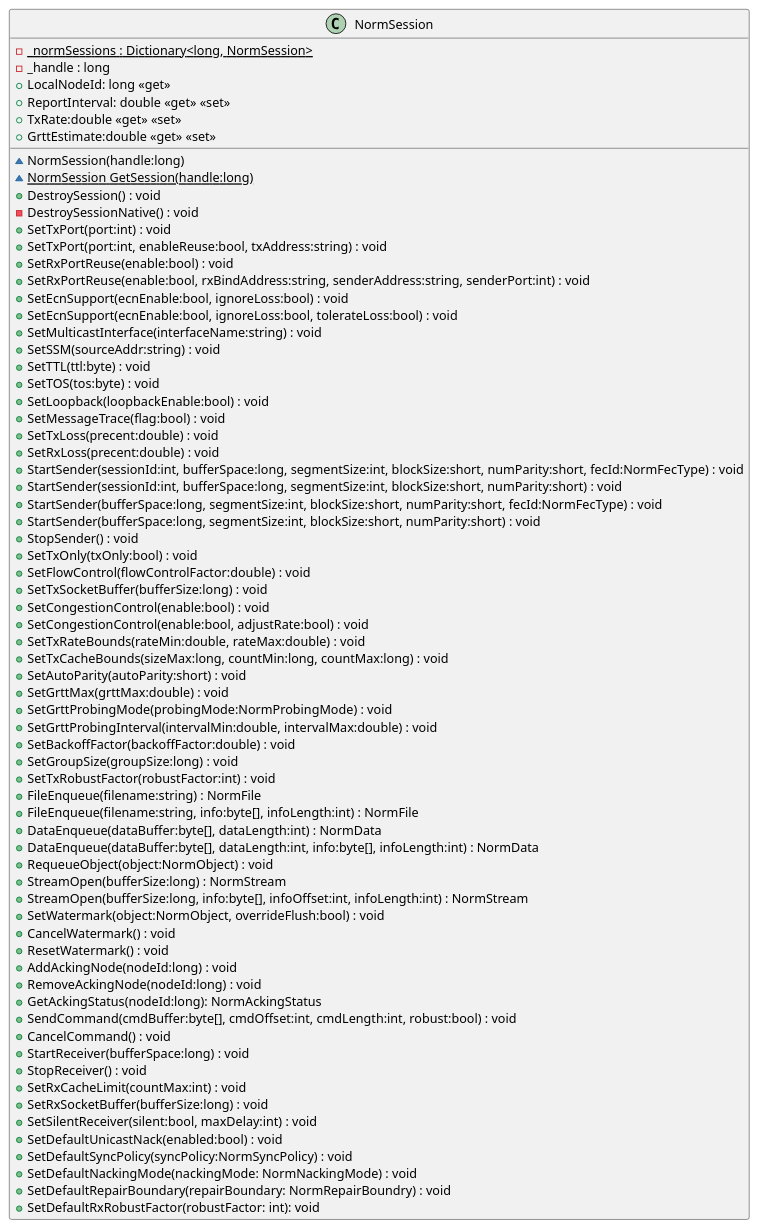
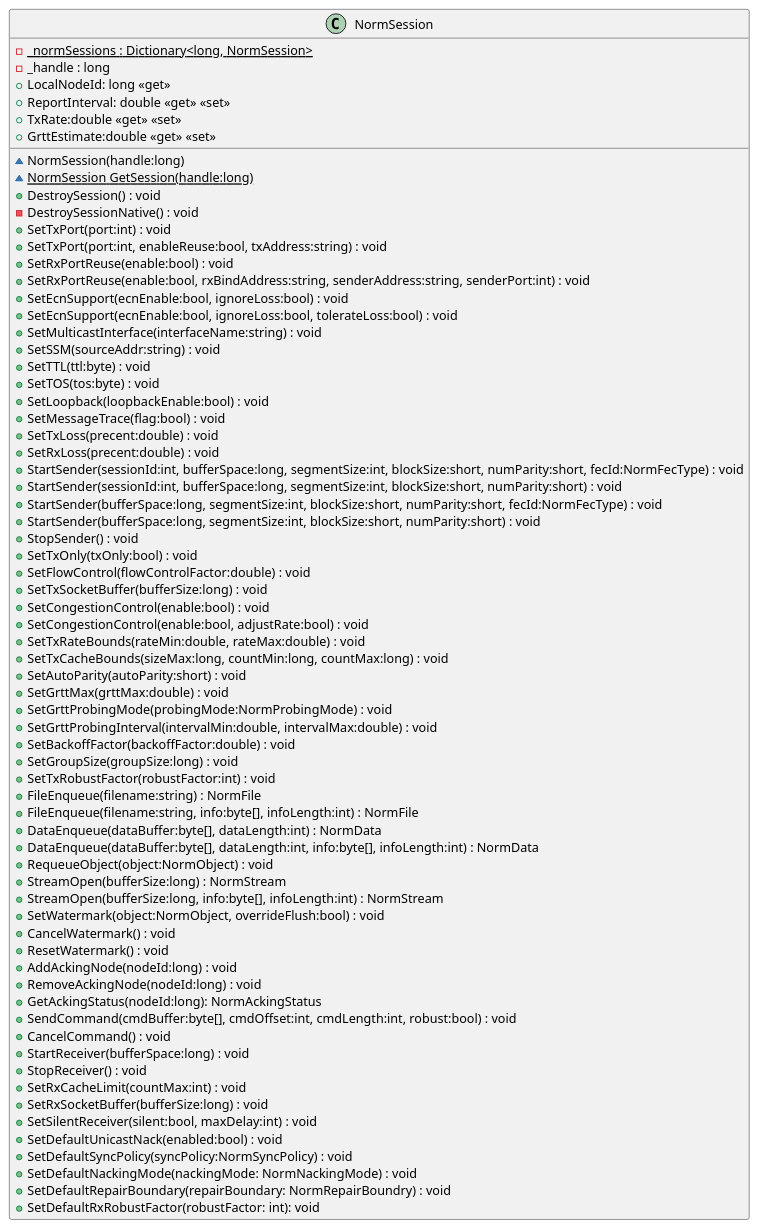
The diagram in src/dotnet/design/Mil/Navy/Nrl/Norm/NormSession.puml (mullerj/norm), drawn with PlantUML before and after one commit.

Commit message:
Updated StreamOpen design

```diff
--- a/src/dotnet/design/Mil/Navy/Nrl/Norm/NormSession.puml
+++ b/src/dotnet/design/Mil/Navy/Nrl/Norm/NormSession.puml
@@ -1,72 +1,72 @@
 @startuml
 class NormSession {
     {static} -_normSessions : Dictionary<long, NormSession>
     - _handle : long
     ~ NormSession(handle:long)
     {static} ~ NormSession GetSession(handle:long)
     + DestroySession() : void
     - DestroySessionNative() : void
     + LocalNodeId: long <<get>>
     + SetTxPort(port:int) : void
     + SetTxPort(port:int, enableReuse:bool, txAddress:string) : void
     + SetRxPortReuse(enable:bool) : void
     + SetRxPortReuse(enable:bool, rxBindAddress:string, senderAddress:string, senderPort:int) : void
     + SetEcnSupport(ecnEnable:bool, ignoreLoss:bool) : void
     + SetEcnSupport(ecnEnable:bool, ignoreLoss:bool, tolerateLoss:bool) : void
     + SetMulticastInterface(interfaceName:string) : void
     + SetSSM(sourceAddr:string) : void
     + SetTTL(ttl:byte) : void
     + SetTOS(tos:byte) : void
     + SetLoopback(loopbackEnable:bool) : void
     + SetMessageTrace(flag:bool) : void
     + SetTxLoss(precent:double) : void
     + SetRxLoss(precent:double) : void
     + ReportInterval: double <<get>> <<set>>
     + StartSender(sessionId:int, bufferSpace:long, segmentSize:int, blockSize:short, numParity:short, fecId:NormFecType) : void
     + StartSender(sessionId:int, bufferSpace:long, segmentSize:int, blockSize:short, numParity:short) : void
     + StartSender(bufferSpace:long, segmentSize:int, blockSize:short, numParity:short, fecId:NormFecType) : void
     + StartSender(bufferSpace:long, segmentSize:int, blockSize:short, numParity:short) : void
     + StopSender() : void
     + SetTxOnly(txOnly:bool) : void
     + TxRate:double <<get>> <<set>>
     + SetFlowControl(flowControlFactor:double) : void
     + SetTxSocketBuffer(bufferSize:long) : void
     + SetCongestionControl(enable:bool) : void
     + SetCongestionControl(enable:bool, adjustRate:bool) : void
     + SetTxRateBounds(rateMin:double, rateMax:double) : void
     + SetTxCacheBounds(sizeMax:long, countMin:long, countMax:long) : void
     + SetAutoParity(autoParity:short) : void
     + GrttEstimate:double <<get>> <<set>>
     + SetGrttMax(grttMax:double) : void
     + SetGrttProbingMode(probingMode:NormProbingMode) : void
     + SetGrttProbingInterval(intervalMin:double, intervalMax:double) : void
     + SetBackoffFactor(backoffFactor:double) : void
     + SetGroupSize(groupSize:long) : void
     + SetTxRobustFactor(robustFactor:int) : void
     + FileEnqueue(filename:string) : NormFile
     + FileEnqueue(filename:string, info:byte[], infoLength:int) : NormFile
     + DataEnqueue(dataBuffer:byte[], dataLength:int) : NormData
     + DataEnqueue(dataBuffer:byte[], dataLength:int, info:byte[], infoLength:int) : NormData
     + RequeueObject(object:NormObject) : void
     + StreamOpen(bufferSize:long) : NormStream
-    + StreamOpen(bufferSize:long, info:byte[], infoOffset:int, infoLength:int) : NormStream
+    + StreamOpen(bufferSize:long, info:byte[], infoLength:int) : NormStream
     + SetWatermark(object:NormObject, overrideFlush:bool) : void
     + CancelWatermark() : void
     + ResetWatermark() : void
     + AddAckingNode(nodeId:long) : void
     + RemoveAckingNode(nodeId:long) : void
     + GetAckingStatus(nodeId:long): NormAckingStatus
     + SendCommand(cmdBuffer:byte[], cmdOffset:int, cmdLength:int, robust:bool) : void
     + CancelCommand() : void
     + StartReceiver(bufferSpace:long) : void
     + StopReceiver() : void
     + SetRxCacheLimit(countMax:int) : void
     + SetRxSocketBuffer(bufferSize:long) : void
     + SetSilentReceiver(silent:bool, maxDelay:int) : void
     + SetDefaultUnicastNack(enabled:bool) : void
     + SetDefaultSyncPolicy(syncPolicy:NormSyncPolicy) : void
     + SetDefaultNackingMode(nackingMode: NormNackingMode) : void
     + SetDefaultRepairBoundary(repairBoundary: NormRepairBoundry) : void
     + SetDefaultRxRobustFactor(robustFactor: int): void
 }
 @enduml
```
